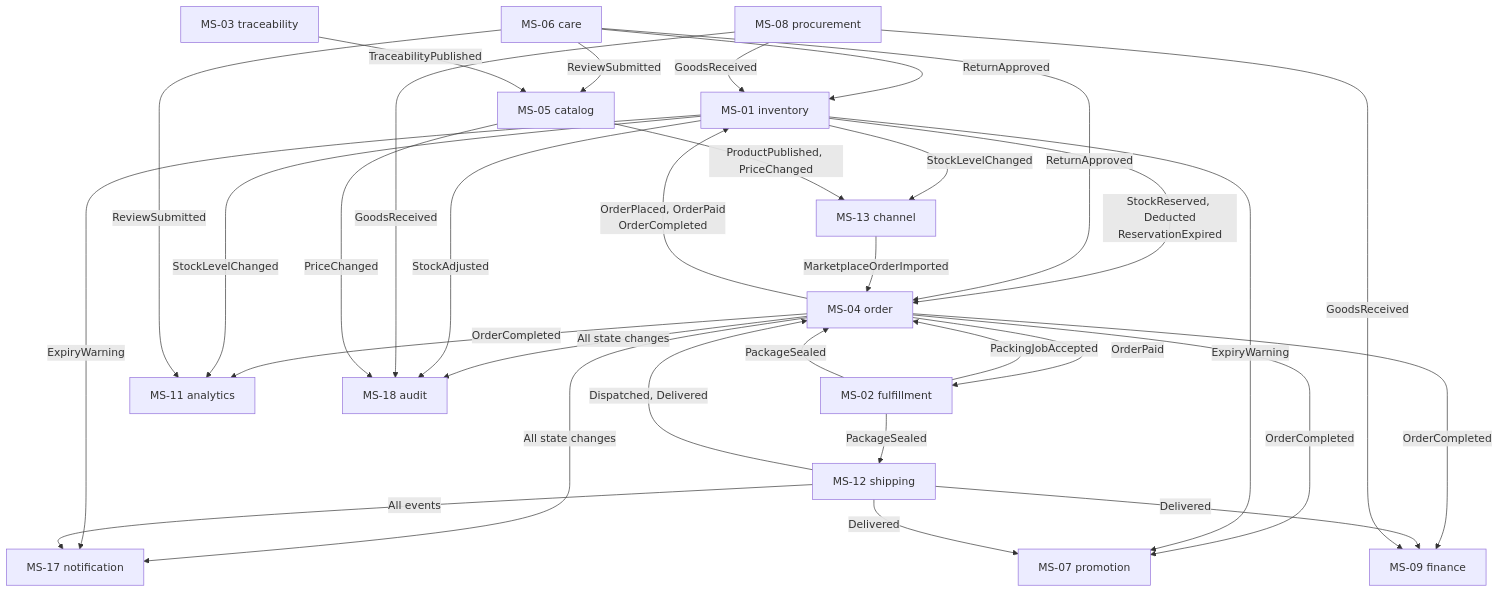
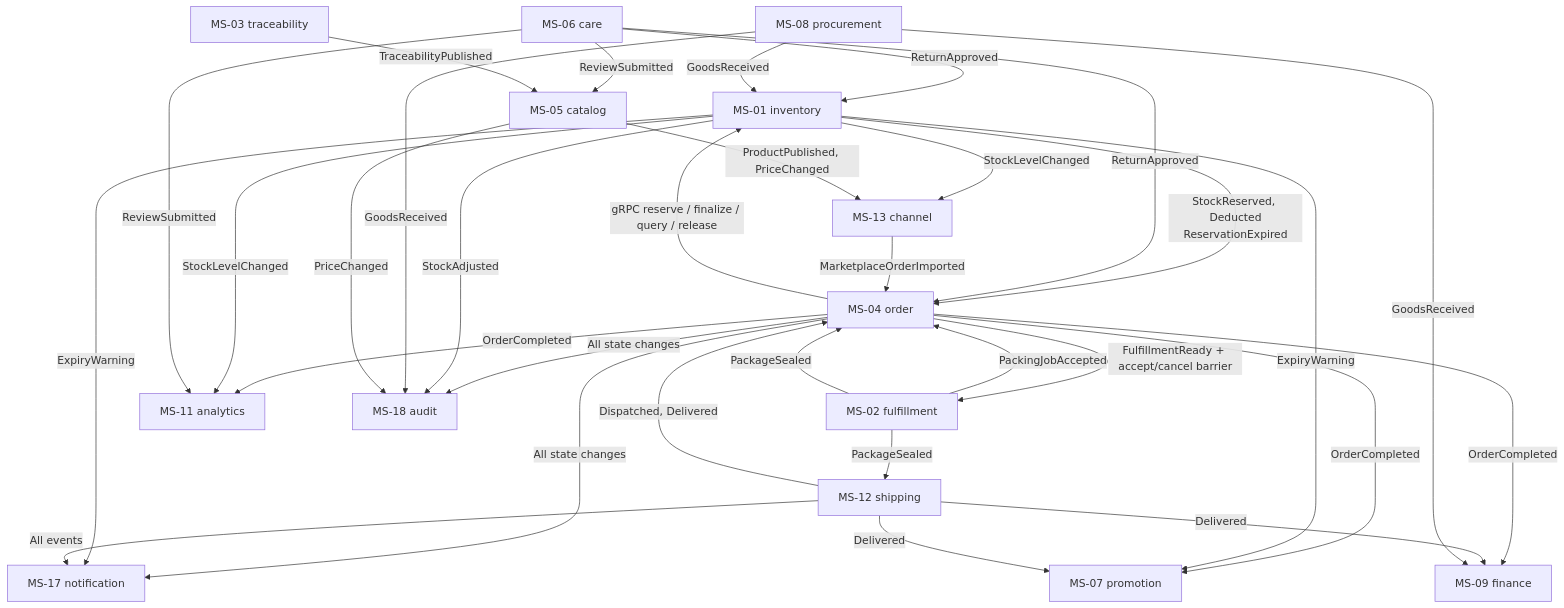
One commit to hvduong2k5/DUT.PBL6 changed the third of 4 diagrams in docs/02_architecture/service_boundary.md. Above: the diagram before and after it, drawn with Mermaid. The commit also changed other lines of this file and 64 other files, not shown here.

````diff
--- a/docs/02_architecture/service_boundary.md
+++ b/docs/02_architecture/service_boundary.md
@@ -1419,57 +1331,57 @@
 ```mermaid
 graph TD
     INV["MS-01 inventory"]
     ORD["MS-04 order"]
     FUL["MS-02 fulfillment"]
     SHP["MS-12 shipping"]
     CRE["MS-06 care"]
     PRO["MS-07 promotion"]
     PCR["MS-08 procurement"]
     CHN["MS-13 channel"]
     CAT["MS-05 catalog"]
     TRC["MS-03 traceability"]
     FIN["MS-09 finance"]
     ANA["MS-11 analytics"]
     NTF["MS-17 notification"]
     AUD["MS-18 audit"]
 
-    ORD -->|OrderPlaced, OrderPaid<br/>OrderCompleted| INV
-    ORD -->|OrderPaid| FUL
+    ORD -->|gRPC reserve / finalize / query / release| INV
+    ORD -->|FulfillmentReady + accept/cancel barrier| FUL
     ORD -->|OrderCompleted| PRO
     ORD -->|OrderCompleted| FIN
     ORD -->|OrderCompleted| ANA
     ORD -->|All state changes| NTF
     ORD -->|All state changes| AUD
 
     INV -->|StockReserved, Deducted<br/>ReservationExpired| ORD
     INV -->|StockLevelChanged| CHN
     INV -->|StockLevelChanged| ANA
     INV -->|ExpiryWarning| NTF
     INV -->|ExpiryWarning| PRO
     INV -->|StockAdjusted| AUD
 
     FUL -->|PackingJobAccepted| ORD
     FUL -->|PackageSealed| ORD
     FUL -->|PackageSealed| SHP
 
     SHP -->|Dispatched, Delivered| ORD
     SHP -->|Delivered| PRO
     SHP -->|Delivered| FIN
     SHP -->|All events| NTF
 
     CRE -->|ReturnApproved| ORD
     CRE -->|ReturnApproved| INV
     CRE -->|ReviewSubmitted| CAT
     CRE -->|ReviewSubmitted| ANA
 
     PCR -->|GoodsReceived| INV
     PCR -->|GoodsReceived| FIN
     PCR -->|GoodsReceived| AUD
 
     CHN -->|MarketplaceOrderImported| ORD
 
     CAT -->|ProductPublished, PriceChanged| CHN
     CAT -->|PriceChanged| AUD
 
     TRC -->|TraceabilityPublished| CAT
 ```
````
